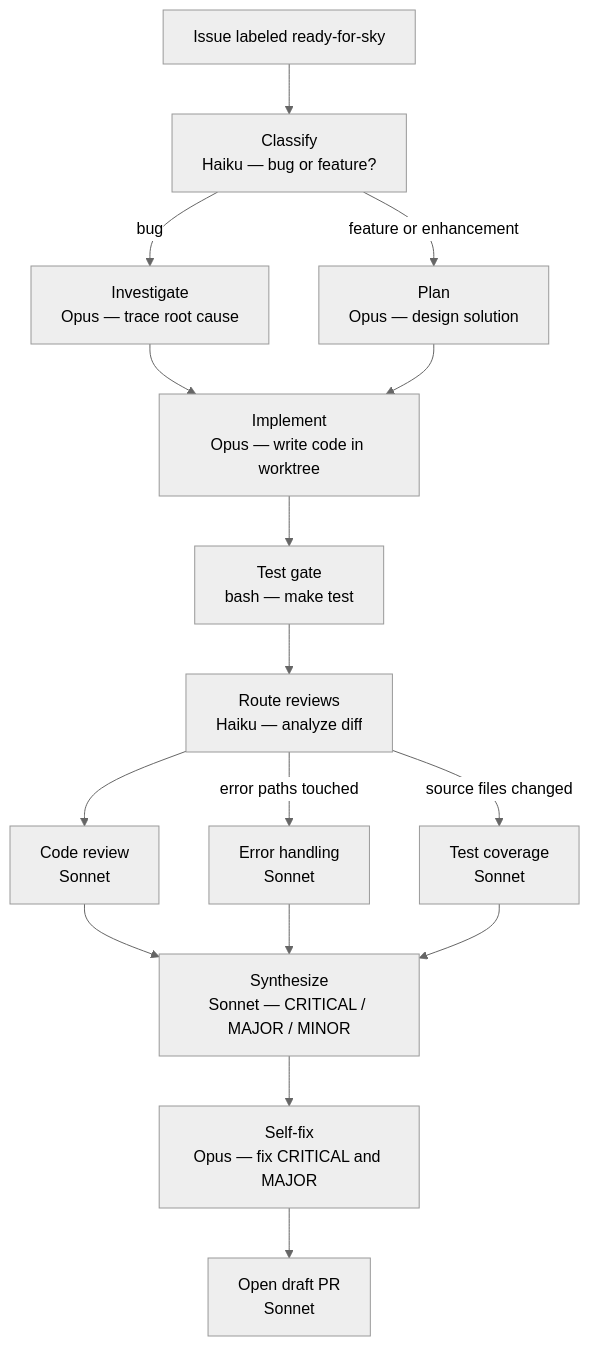
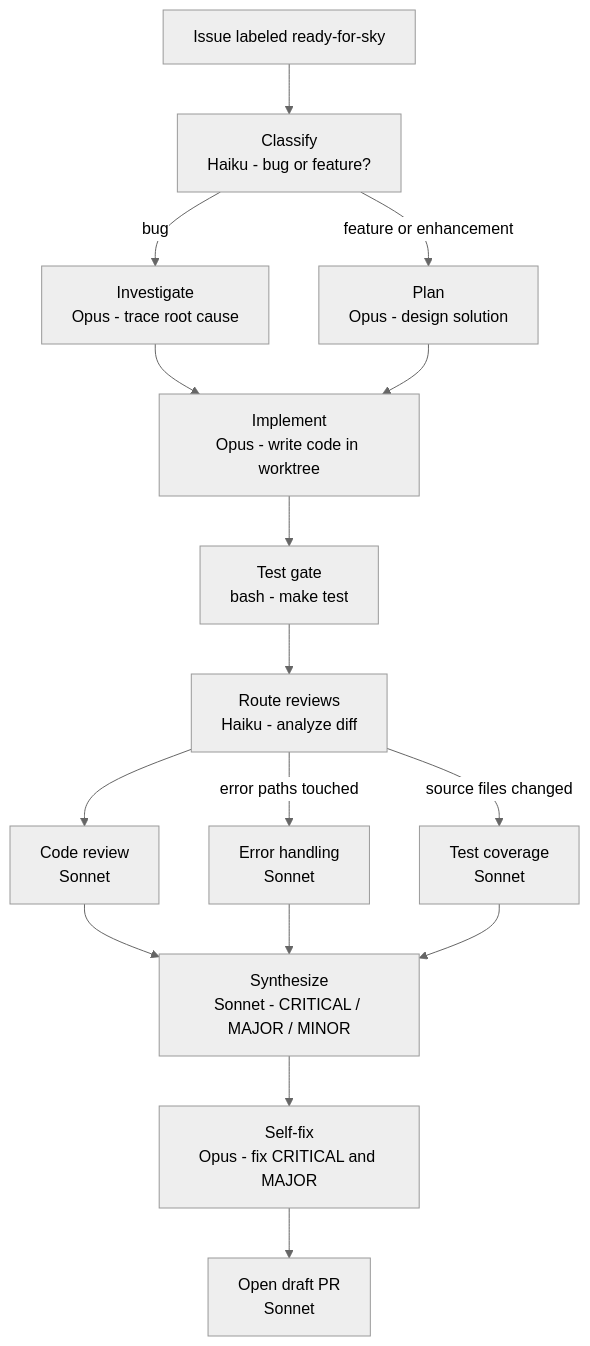
Before and after one commit to skylence-be/docs.skylence.be: the diagram in src/content/docs/examples/fix-github-issue.mdx, drawn with Mermaid (neutral theme). The commit also changed other lines of this file and 48 other files, not shown here.

````diff
--- a/src/content/docs/examples/fix-github-issue.mdx
+++ b/src/content/docs/examples/fix-github-issue.mdx
@@ -14,18 +14,18 @@
 ```mermaid
 flowchart TD
-    trigger["Issue labeled ready-for-sky"] --> classify["Classify\nHaiku — bug or feature?"]
-    classify -->|bug| investigate["Investigate\nOpus — trace root cause"]
-    classify -->|feature or enhancement| plan["Plan\nOpus — design solution"]
-    investigate --> implement["Implement\nOpus — write code in worktree"]
+    trigger["Issue labeled ready-for-sky"] --> classify["Classify\nHaiku - bug or feature?"]
+    classify -->|bug| investigate["Investigate\nOpus - trace root cause"]
+    classify -->|feature or enhancement| plan["Plan\nOpus - design solution"]
+    investigate --> implement["Implement\nOpus - write code in worktree"]
     plan --> implement
-    implement --> test["Test gate\nbash — make test"]
-    test --> route["Route reviews\nHaiku — analyze diff"]
+    implement --> test["Test gate\nbash - make test"]
+    test --> route["Route reviews\nHaiku - analyze diff"]
     route --> code_review["Code review\nSonnet"]
     route -->|error paths touched| error_review["Error handling\nSonnet"]
     route -->|source files changed| test_cov["Test coverage\nSonnet"]
-    code_review --> synthesize["Synthesize\nSonnet — CRITICAL / MAJOR / MINOR"]
+    code_review --> synthesize["Synthesize\nSonnet - CRITICAL / MAJOR / MINOR"]
     error_review --> synthesize
     test_cov --> synthesize
-    synthesize --> selffix["Self-fix\nOpus — fix CRITICAL and MAJOR"]
+    synthesize --> selffix["Self-fix\nOpus - fix CRITICAL and MAJOR"]
     selffix --> pr["Open draft PR\nSonnet"]
 ```
````
